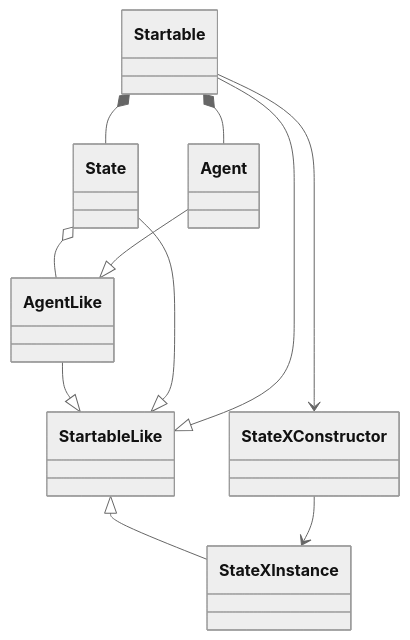
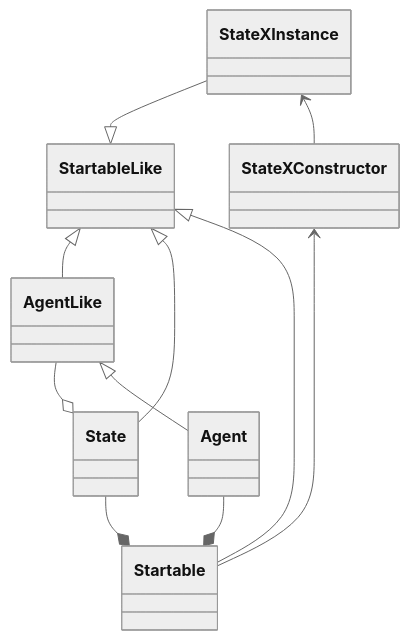
Before and after one commit to zimtsui/startable: the diagram in CONTRIBUTING.md, drawn with Mermaid (neutral theme). The commit also changed 16 other files, not shown here.

````diff
--- a/CONTRIBUTING.md
+++ b/CONTRIBUTING.md
@@ -1,13 +1,14 @@
 ```mermaid
 classDiagram
+	direction BT
 	StartableLike <|-- StateXInstance
 	State o-- AgentLike
 	Agent --|> AgentLike
 	AgentLike --|> StartableLike
 	Startable *-- Agent
 	State --|> StartableLike
 	Startable --|> StartableLike
 	Startable *-- State
 	Startable --> StateXConstructor
 	StateXConstructor --> StateXInstance
 ```
````
